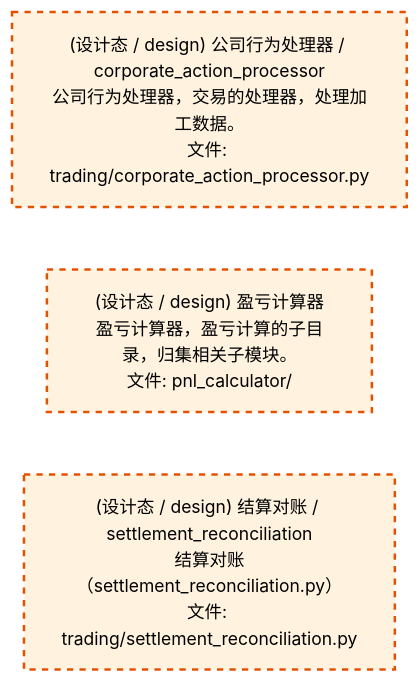
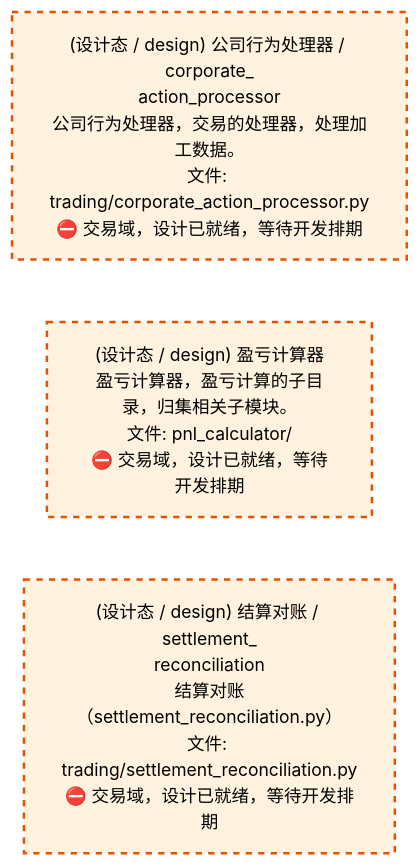
Before and after one commit to xuanFelixVan/ZephyrAlpha: the third of 4 diagrams in docs/02_enterprise_architecture/02_domain_architecture_docs/72_d_trading.md, drawn with Mermaid. The commit also changed other lines of this file and 61 other files, not shown here.

````diff
--- a/docs/02_enterprise_architecture/02_domain_architecture_docs/72_d_trading.md
+++ b/docs/02_enterprise_architecture/02_domain_architecture_docs/72_d_trading.md
@@ -298,14 +298,14 @@
 ```mermaid
 %%{init: {'theme': 'base', 'themeVariables': {'primaryColor': '#eaeaea', 'primaryTextColor': '#333333', 'primaryBorderColor': '#666666', 'lineColor': '#666666', 'secondaryColor': '#eaeaea', 'tertiaryColor': '#eaeaea', 'fontSize': '14px'}}}%%
 flowchart TD
-    src_zephyr_trading_corporate_action_processor_py["(设计态 / design) 公司行为处理器 / corporate_action_processor<br/>公司行为处理器，交易的处理器，处理加工数据。<br/>文件: trading/corporate_action_processor.py"]
-    src_zephyr_trading_pnl_calculator["(设计态 / design) 盈亏计算器<br/>盈亏计算器，盈亏计算的子目录，归集相关子模块。<br/>文件: pnl_calculator/"]
-    src_zephyr_trading_settlement_reconciliation_py["(设计态 / design) 结算对账 / settlement_reconciliation<br/>结算对账（settlement_reconciliation.py）<br/>文件: trading/settlement_reconciliation.py"]
+    src_zephyr_trading_corporate_action_processor_py["(设计态 / design) 公司行为处理器 / corporate_<br/>action_processor<br/>公司行为处理器，交易的处理器，处理加工数据。<br/>文件: trading/corporate_action_processor.py<br/>⛔ 交易域，设计已就绪，等待开发排期"]
+    src_zephyr_trading_pnl_calculator["(设计态 / design) 盈亏计算器<br/>盈亏计算器，盈亏计算的子目录，归集相关子模块。<br/>文件: pnl_calculator/<br/>⛔ 交易域，设计已就绪，等待开发排期"]
+    src_zephyr_trading_settlement_reconciliation_py["(设计态 / design) 结算对账 / settlement_<br/>reconciliation<br/>结算对账（settlement_reconciliation.py）<br/>文件: trading/settlement_reconciliation.py<br/>⛔ 交易域，设计已就绪，等待开发排期"]
     src_zephyr_trading_corporate_action_processor_py ~~~ src_zephyr_trading_pnl_calculator
     src_zephyr_trading_pnl_calculator ~~~ src_zephyr_trading_settlement_reconciliation_py
     classDef production fill:#e1f5fe,stroke:#01579b,stroke-width:2px,color:#000
     classDef design fill:#fff3e0,stroke:#e65100,stroke-width:2px,color:#000,stroke-dasharray: 5 5
     classDef external_prod fill:#e8f4fd,stroke:#0277bd,stroke-width:1px,color:#000
     classDef external_design fill:#fff8e7,stroke:#ef6c00,stroke-width:1px,color:#000,stroke-dasharray: 5 5
     class src_zephyr_trading_corporate_action_processor_py,src_zephyr_trading_pnl_calculator,src_zephyr_trading_settlement_reconciliation_py design
 ```
````
